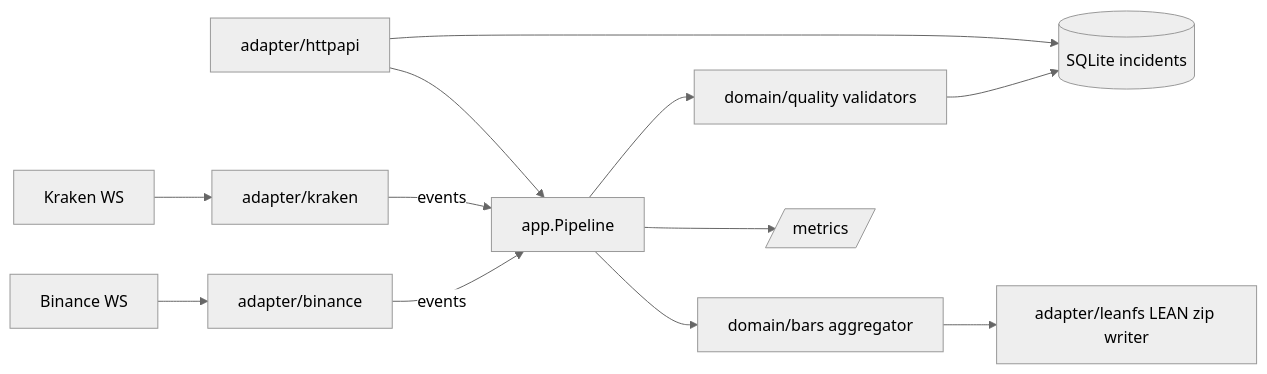
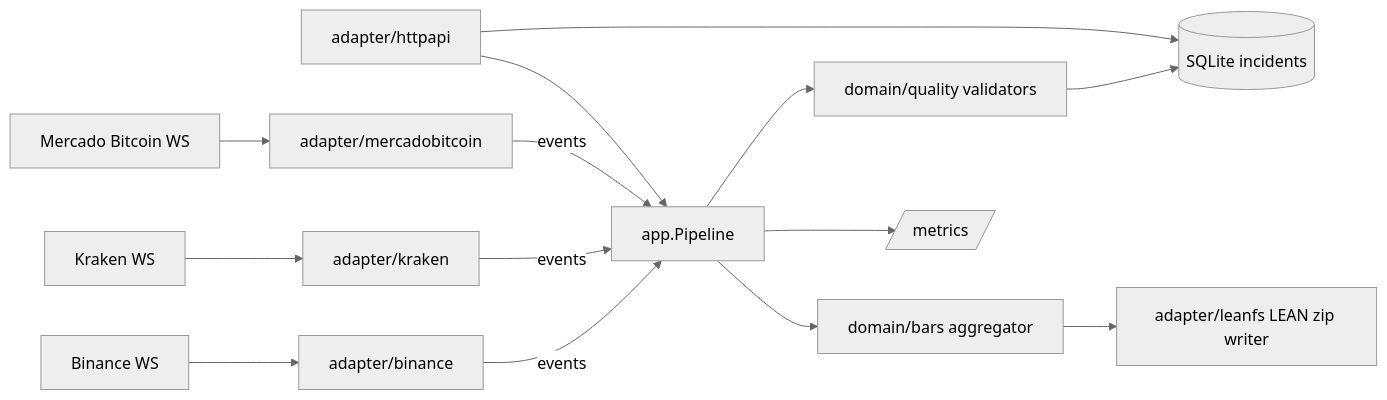
One commit to Amadeus-22/tekel changed the diagram in README.md. Above: the diagram before and after it, drawn with Mermaid (neutral theme). The commit also changed other lines of this file and 14 other files, not shown here.

Commit message:
feat: Mercado Bitcoin trade feed and audit command wiring

````diff
--- a/README.md
+++ b/README.md
@@ -57,14 +61,16 @@
 ```mermaid
 flowchart LR
   B[Binance WS] --> CB[adapter/binance]
   K[Kraken WS] --> CK[adapter/kraken]
+  MB[Mercado Bitcoin WS] --> CM[adapter/mercadobitcoin]
   CB -- events --> P[app.Pipeline]
   CK -- events --> P
+  CM -- events --> P
   P --> V[domain/quality validators]
   V --> I[(SQLite incidents)]
   P --> A[domain/bars aggregator]
   A --> L[adapter/leanfs LEAN zip writer]
   P --> M[/metrics/]
   H[adapter/httpapi] --> I
   H --> P
 ```
````
